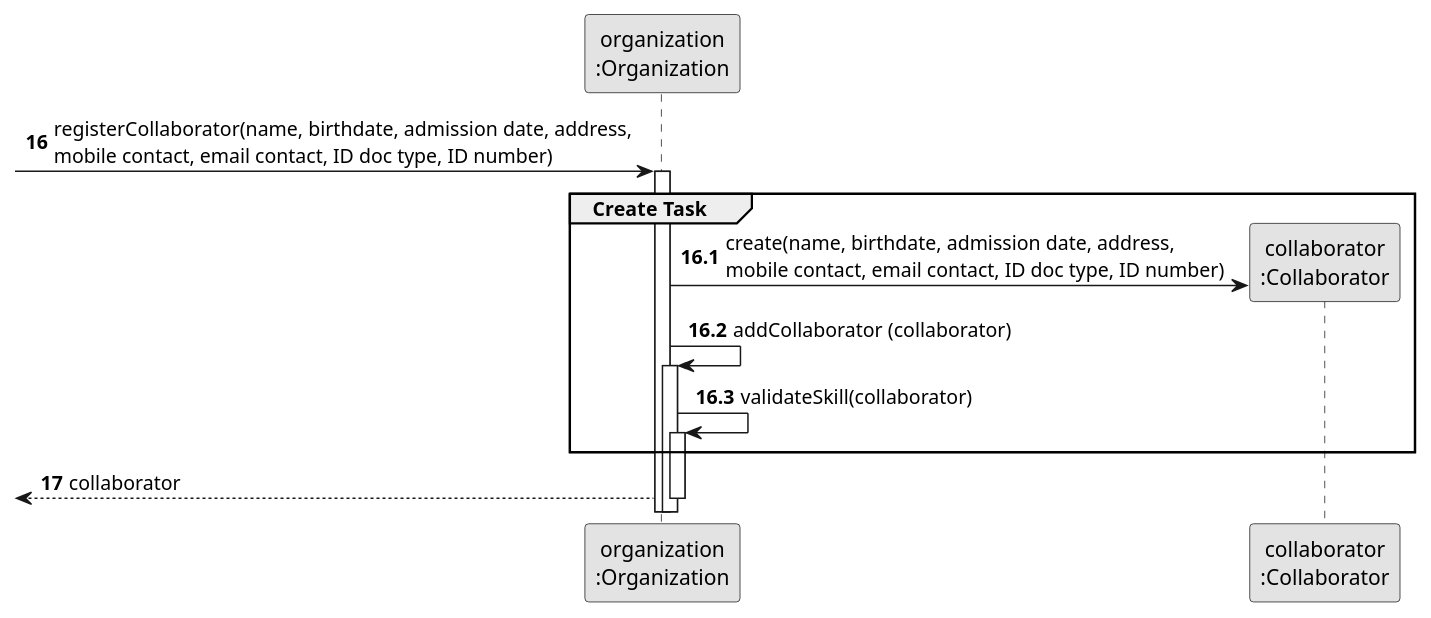
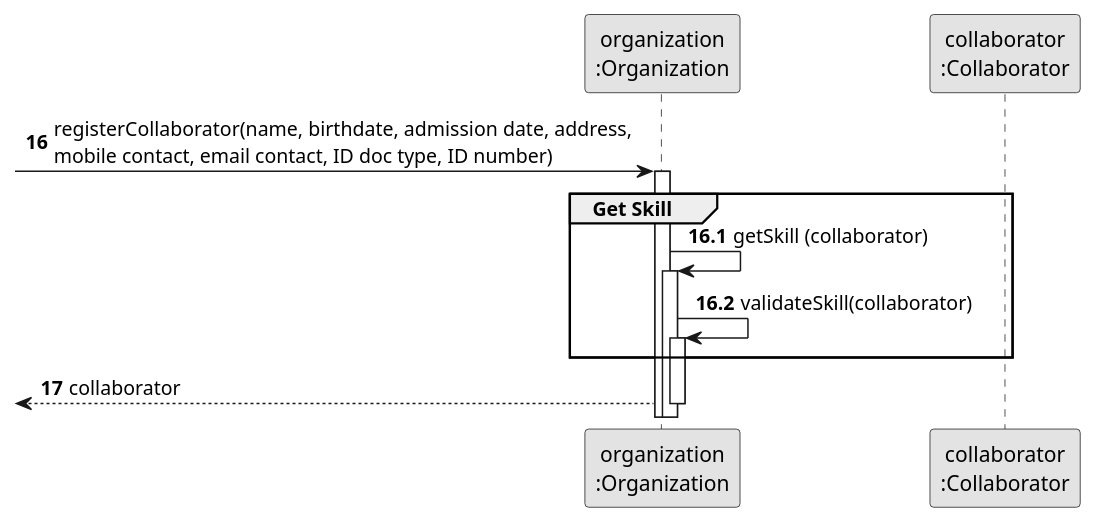
The diagram in docs/sprint2/us004/03.design/puml/us004-sequence-diagram-partial-get-skill.puml (tiagosoa/lei-24-s2-1dgh-g073), drawn with PlantUML before and after one commit. The commit also changed 21 other files, not shown here.

```diff
--- a/docs/sprint2/us004/03.design/puml/us004-sequence-diagram-partial-get-skill.puml
+++ b/docs/sprint2/us004/03.design/puml/us004-sequence-diagram-partial-get-skill.puml
@@ -1,29 +1,27 @@
 @startuml
 skinparam monochrome true
 skinparam packageStyle rectangle
 skinparam shadowing false
 
 participant "organization\n:Organization" as ORG
 participant "collaborator\n:Collaborator" as COLABORADOR
 
 autonumber 16
 -> ORG: registerCollaborator(name, birthdate, admission date, address, \nmobile contact, email contact, ID doc type, ID number)
 
 autonumber 16.1
 activate ORG
-    group Create Task
-
-        ORG -> COLABORADOR**: create(name, birthdate, admission date, address, \nmobile contact, email contact, ID doc type, ID number)
-        ORG -> ORG: addCollaborator (collaborator)
+    group Get Skill
+        ORG -> ORG: getSkill (collaborator)
 
         activate ORG
             ORG -> ORG: validateSkill(collaborator)
             activate ORG
     end
 
     autonumber 17
     <-- ORG : collaborator
 deactivate ORG
 
 
 @enduml
```
